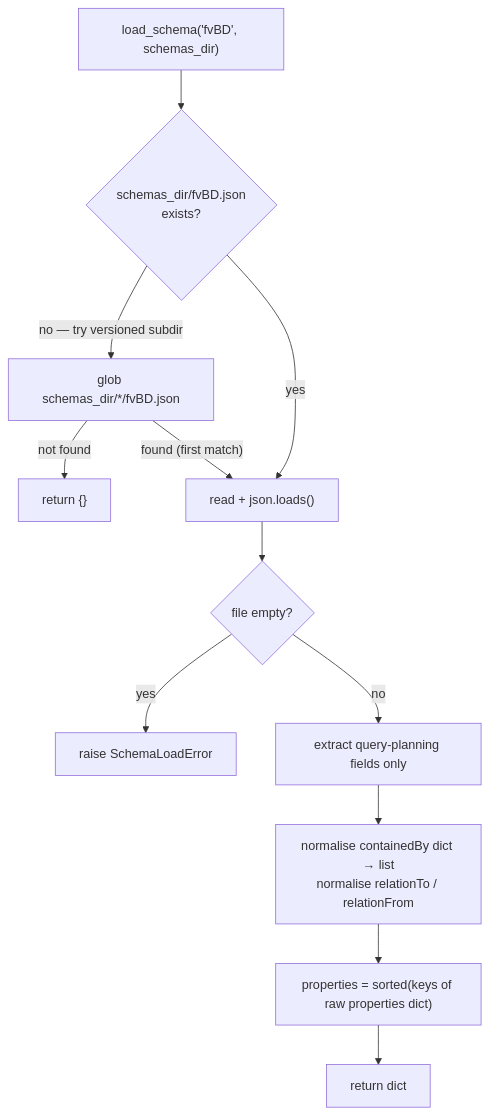
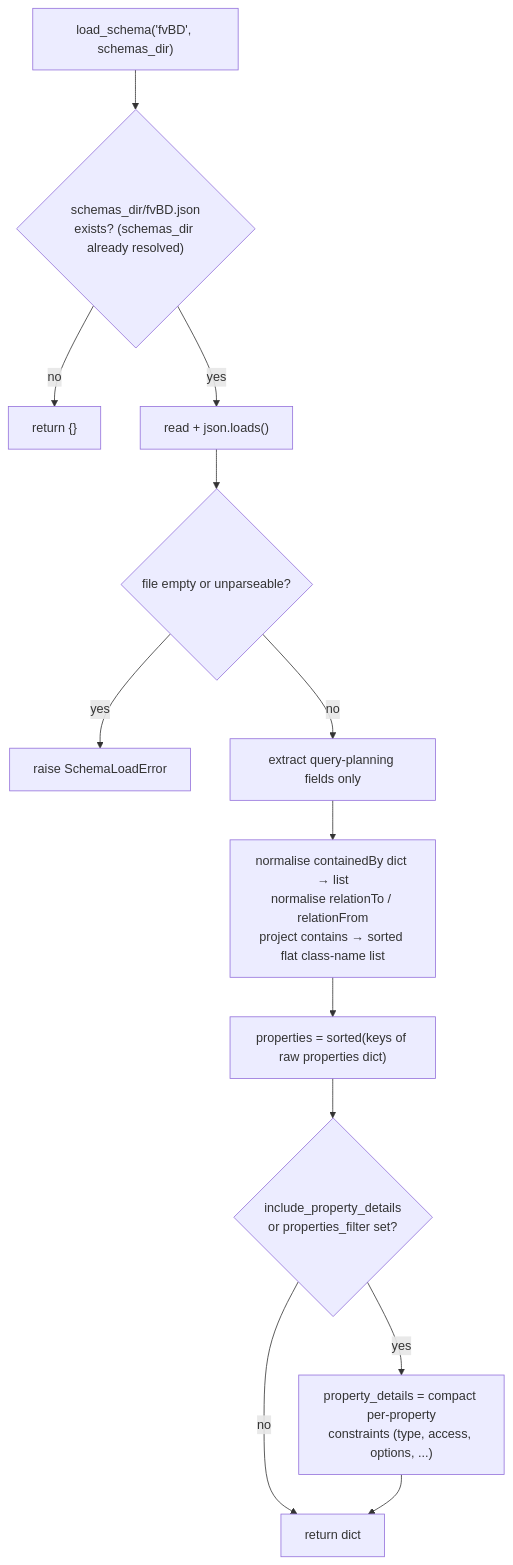
The third of 4 diagrams in docs/internals/registry.md (k3l0-dev/aci-mcp), drawn with Mermaid before and after one commit. The commit also changed other lines of this file and 19 other files, not shown here.

````diff
--- a/docs/internals/registry.md
+++ b/docs/internals/registry.md
@@ -90,15 +94,16 @@
 ```mermaid
 flowchart TD
     CALL["load_schema('fvBD', schemas_dir)"]
-    CALL --> EXISTS{"schemas_dir/fvBD.json\nexists?"}
-    EXISTS -->|"no — try versioned subdir"| GLOB["glob schemas_dir/*/fvBD.json"]
-    GLOB -->|"not found"| EMPTY["return {}"]
+    CALL --> EXISTS{"schemas_dir/fvBD.json\nexists? (schemas_dir already resolved)"}
+    EXISTS -->|"no"| EMPTY["return {}"]
     EXISTS -->|"yes"| READ["read + json.loads()"]
-    GLOB -->|"found (first match)"| READ
-    READ --> VALIDATE{"file empty?"}
+    READ --> VALIDATE{"file empty or unparseable?"}
     VALIDATE -->|"yes"| ERR["raise SchemaLoadError"]
     VALIDATE -->|"no"| EXTRACT["extract query-planning fields only"]
-    EXTRACT --> NORM["normalise containedBy dict → list\nnormalise relationTo / relationFrom"]
+    EXTRACT --> NORM["normalise containedBy dict → list\nnormalise relationTo / relationFrom\nproject contains → sorted flat class-name list"]
     NORM --> PROPS["properties = sorted(keys of raw properties dict)"]
-    PROPS --> RETURN["return dict"]
+    PROPS --> DETAILS{"include_property_details\nor properties_filter set?"}
+    DETAILS -->|"yes"| PD["property_details = compact per-property\nconstraints (type, access, options, ...)"]
+    DETAILS -->|"no"| RETURN
+    PD --> RETURN["return dict"]
 ```
````
